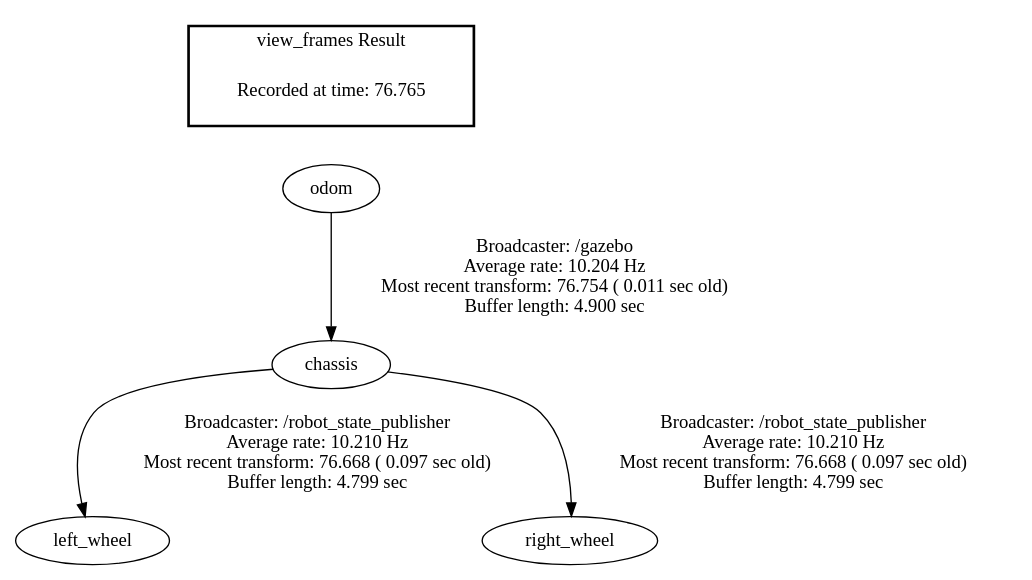
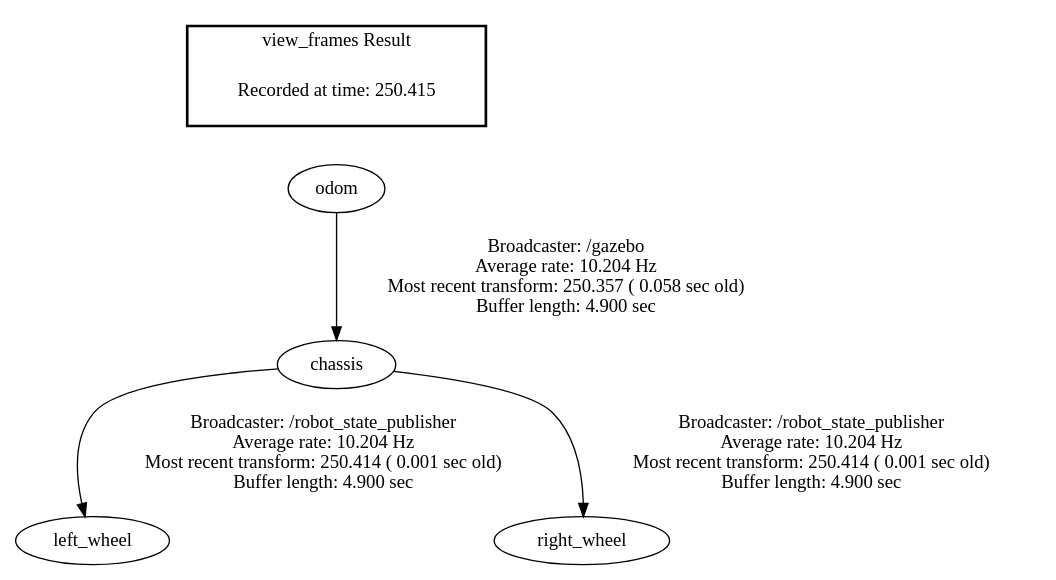
One commit to spkadam/sambot_ws changed the diagram in frames.gv. Above: the diagram before and after it, drawn with Graphviz. The commit also changed 5 other files, not shown here.

```diff
--- a/frames.gv
+++ b/frames.gv
@@ -1,9 +1,9 @@
 digraph G {
-"odom" -> "chassis"[label="Broadcaster: /gazebo\nAverage rate: 10.204 Hz\nMost recent transform: 76.754 ( 0.011 sec old)\nBuffer length: 4.900 sec\n"];
-"chassis" -> "left_wheel"[label="Broadcaster: /robot_state_publisher\nAverage rate: 10.210 Hz\nMost recent transform: 76.668 ( 0.097 sec old)\nBuffer length: 4.799 sec\n"];
-"chassis" -> "right_wheel"[label="Broadcaster: /robot_state_publisher\nAverage rate: 10.210 Hz\nMost recent transform: 76.668 ( 0.097 sec old)\nBuffer length: 4.799 sec\n"];
+"odom" -> "chassis"[label="Broadcaster: /gazebo\nAverage rate: 10.204 Hz\nMost recent transform: 250.357 ( 0.058 sec old)\nBuffer length: 4.900 sec\n"];
+"chassis" -> "left_wheel"[label="Broadcaster: /robot_state_publisher\nAverage rate: 10.204 Hz\nMost recent transform: 250.414 ( 0.001 sec old)\nBuffer length: 4.900 sec\n"];
+"chassis" -> "right_wheel"[label="Broadcaster: /robot_state_publisher\nAverage rate: 10.204 Hz\nMost recent transform: 250.414 ( 0.001 sec old)\nBuffer length: 4.900 sec\n"];
 edge [style=invis];
  subgraph cluster_legend { style=bold; color=black; label ="view_frames Result";
-"Recorded at time: 76.765"[ shape=plaintext ] ;
+"Recorded at time: 250.415"[ shape=plaintext ] ;
  }->"odom";
 }
```
